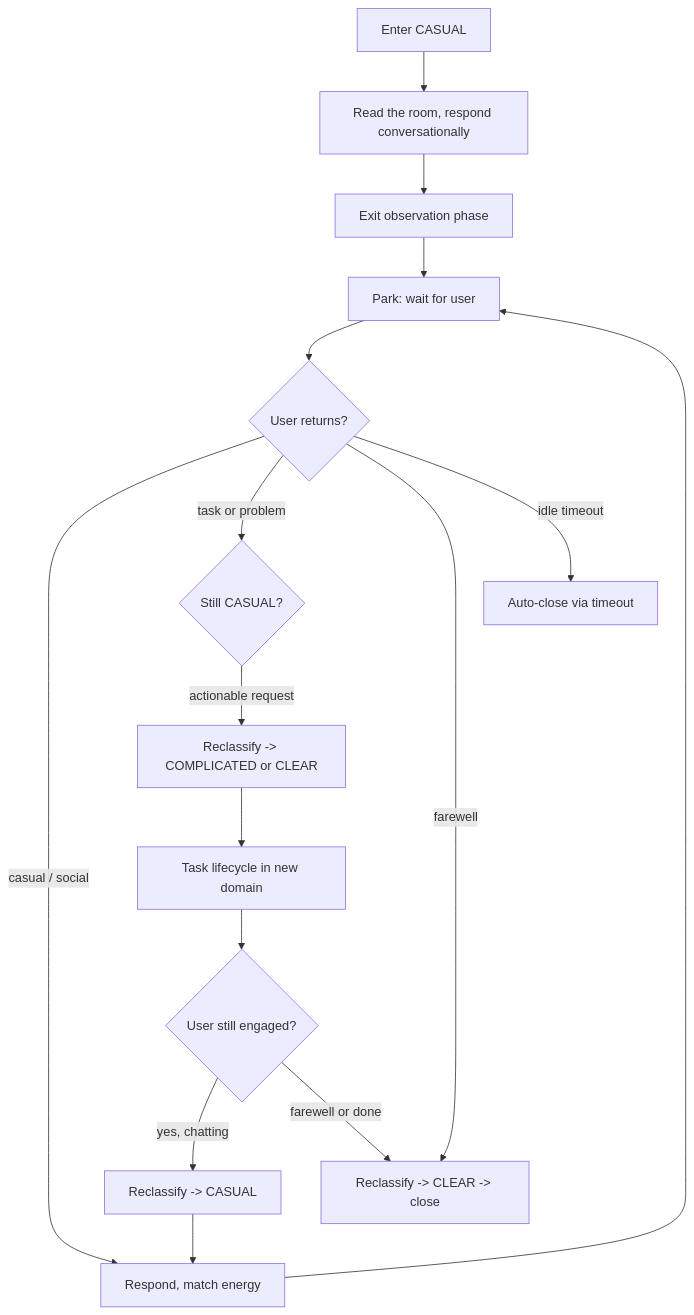
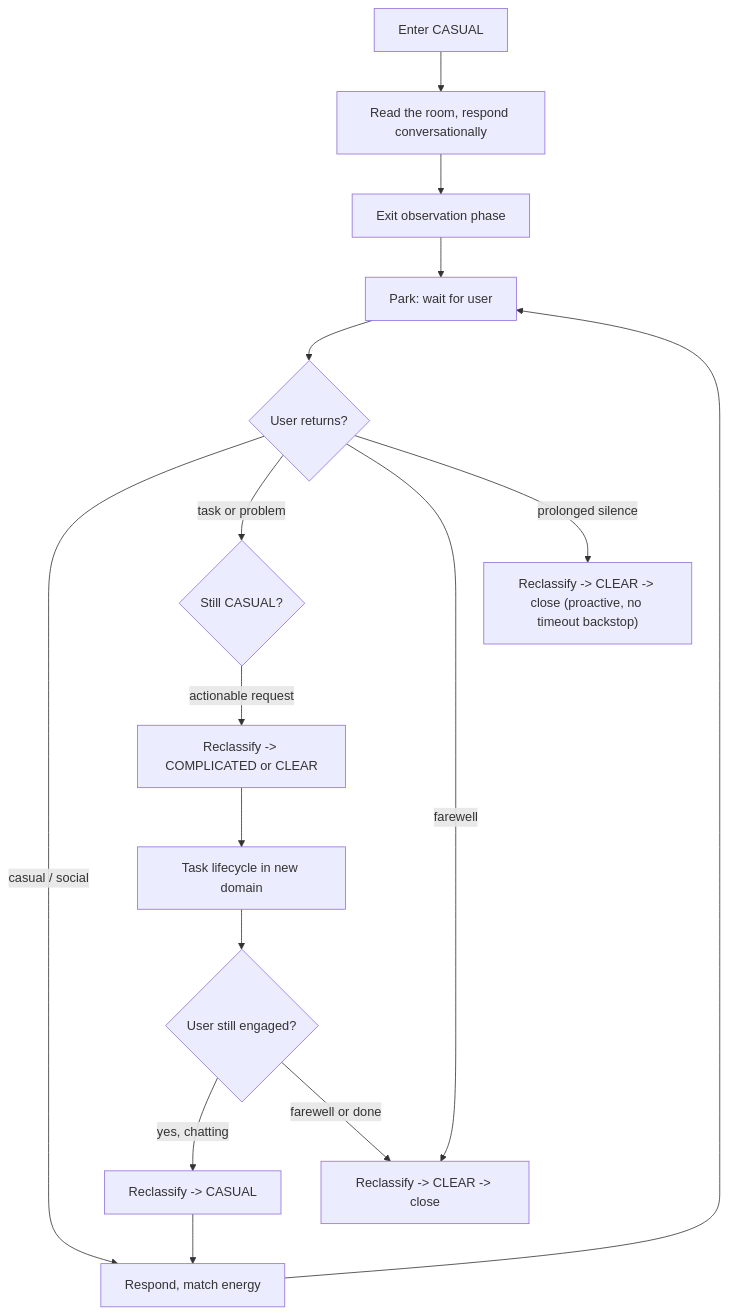
The diagram in src/agents/brain_skills/domain/casual.md (The-Darwin-Project/Blackboard), drawn with Mermaid before and after one commit. The commit also changed other lines of this file and 4 other files, not shown here.

First line of the commit message:
fix: cover implicit text-only park in restart exemption + fix stale idle-timeout doc claims

````diff
--- a/src/agents/brain_skills/domain/casual.md
+++ b/src/agents/brain_skills/domain/casual.md
@@ -15,24 +15,24 @@
 ```mermaid
 graph TD
     Enter["Enter CASUAL"] --> Greet["Read the room, respond conversationally"]
 
     Greet --> ExitTriage["Exit observation phase"]
     ExitTriage --> Park["Park: wait for user"]
 
     Park --> UserMsg{"User returns?"}
 
     UserMsg -->|"casual / social"| Respond["Respond, match energy"]
     Respond --> Park
 
     UserMsg -->|"task or problem"| DomainR{"Still CASUAL?"}
     DomainR -->|"actionable request"| ReclassOp["Reclassify -> COMPLICATED or CLEAR"]
     ReclassOp --> TaskWork["Task lifecycle in new domain"]
 
     TaskWork --> PostTask{"User still engaged?"}
     PostTask -->|"yes, chatting"| ReEnter["Reclassify -> CASUAL"]
     ReEnter --> Respond
     PostTask -->|"farewell or done"| ReclassDone["Reclassify -> CLEAR -> close"]
 
     UserMsg -->|"farewell"| ReclassDone
-    UserMsg -->|"idle timeout"| AutoClose["Auto-close via timeout"]
+    UserMsg -->|"prolonged silence"| AutoClose["Reclassify -> CLEAR -> close (proactive, no timeout backstop)"]
 ```
````
